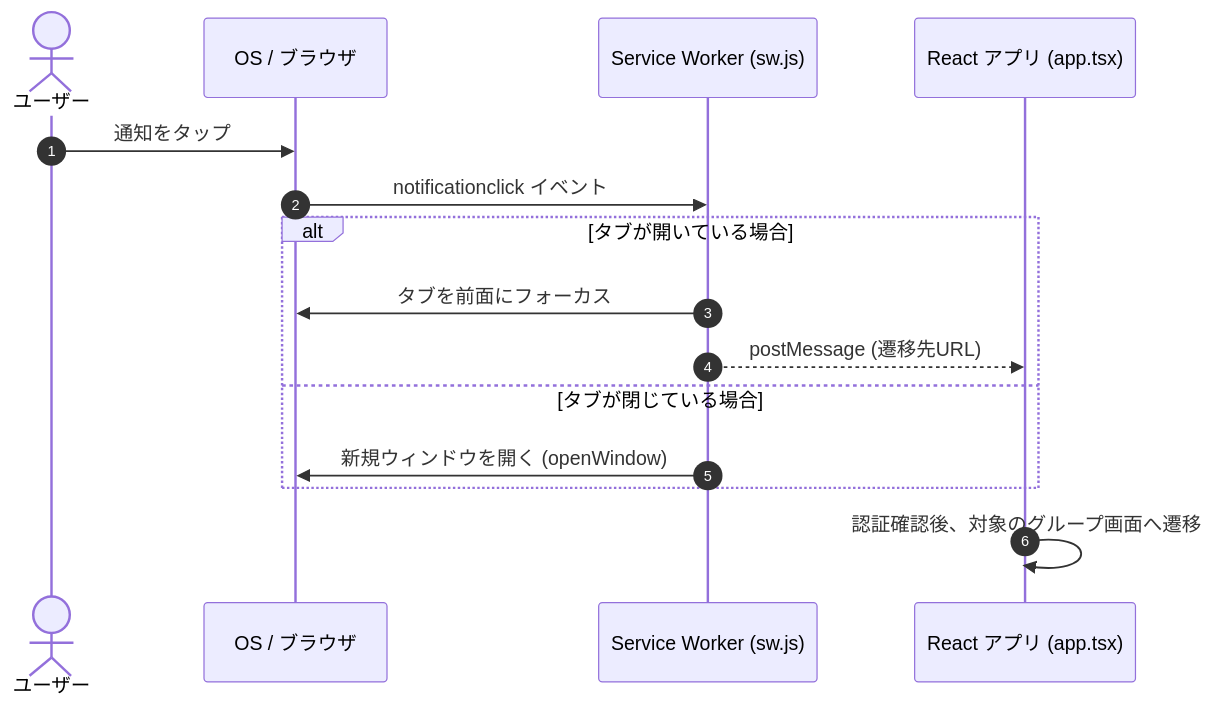
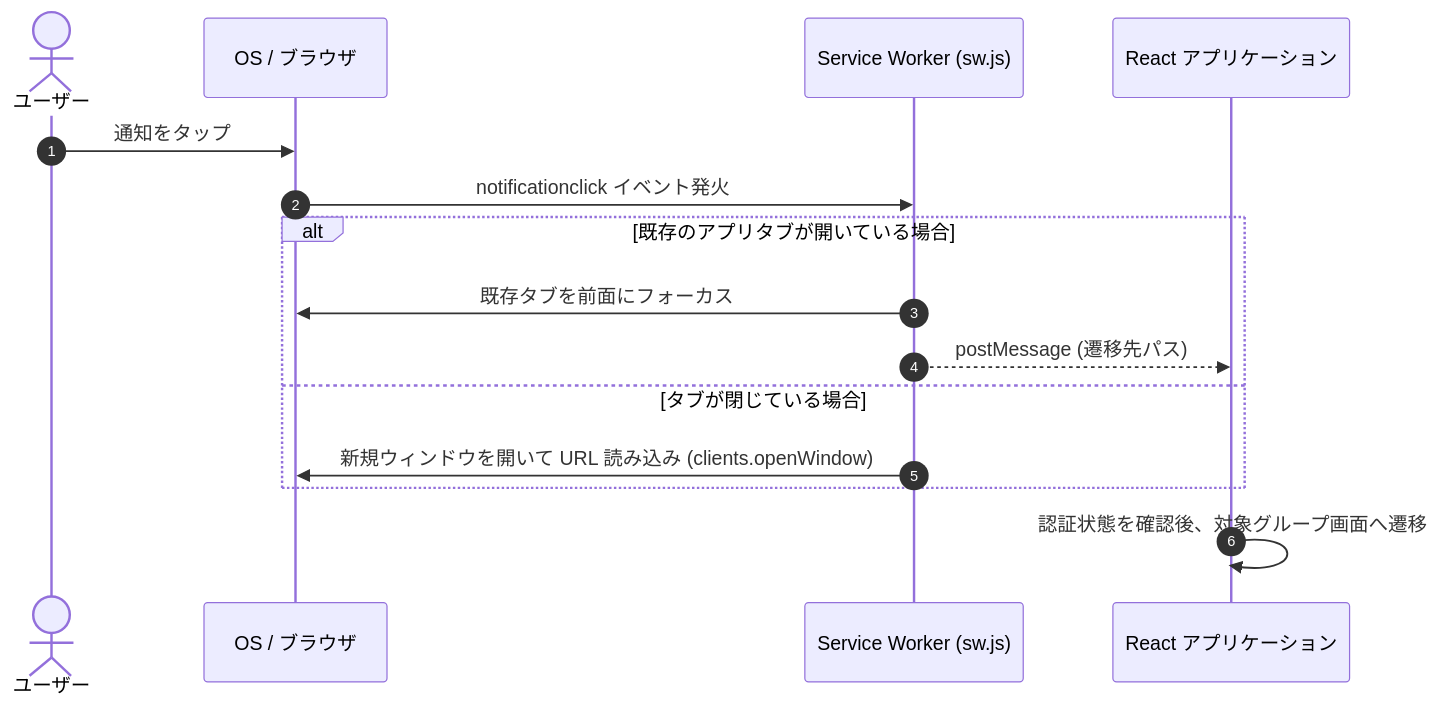
Before and after one commit to ScriptureHabit/scripture-habit: the diagram in docs/ja/feature-notifications.md, drawn with Mermaid. The commit also changed other lines of this file and 57 other files, not shown here.

Commit message:
docs: refine documentation prose and add structured diagram breakdowns across JA and EN

````diff
--- a/docs/ja/feature-notifications.md
+++ b/docs/ja/feature-notifications.md
@@ -49,18 +49,18 @@
 ```mermaid
 sequenceDiagram
     autonumber
     actor User as ユーザー
     participant OS as OS / ブラウザ
     participant SW as Service Worker (sw.js)
-    participant App as React アプリ (app.tsx)
+    participant App as React アプリケーション
 
     User->>OS: 通知をタップ
-    OS->>SW: notificationclick イベント
-    alt タブが開いている場合
-        SW->>OS: タブを前面にフォーカス
-        SW-->>App: postMessage (遷移先URL)
+    OS->>SW: notificationclick イベント発火
+    alt 既存のアプリタブが開いている場合
+        SW->>OS: 既存タブを前面にフォーカス
+        SW-->>App: postMessage (遷移先パス)
     else タブが閉じている場合
-        SW->>OS: 新規ウィンドウを開く (openWindow)
+        SW->>OS: 新規ウィンドウを開いて URL 読み込み (clients.openWindow)
     end
-    App->>App: 認証確認後、対象のグループ画面へ遷移
+    App->>App: 認証状態を確認後、対象グループ画面へ遷移
 ```
````
